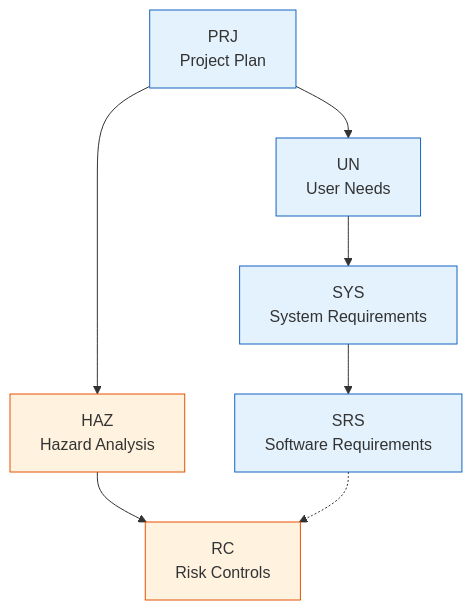
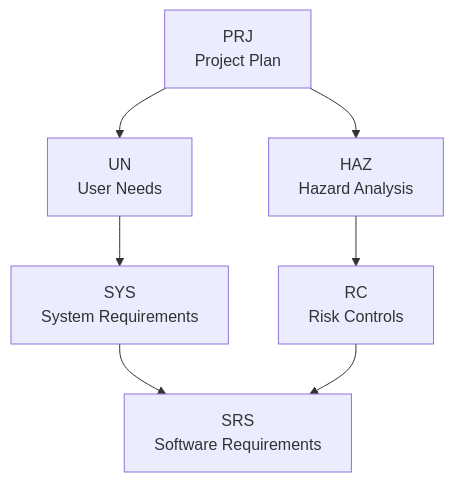
One commit to vanandrew/jamb changed the second of 5 diagrams in docs/user-guide/design.md. Above: the diagram before and after it, drawn with Mermaid. The commit also changed other lines of this file and 27 other files, not shown here.

````diff
--- a/docs/user-guide/design.md
+++ b/docs/user-guide/design.md
@@ -59,16 +60,9 @@
 ```{mermaid}
 graph TD
     PRJ[PRJ<br/>Project Plan] --> UN[UN<br/>User Needs]
     PRJ --> HAZ[HAZ<br/>Hazard Analysis]
     UN --> SYS[SYS<br/>System Requirements]
     SYS --> SRS[SRS<br/>Software Requirements]
     HAZ --> RC[RC<br/>Risk Controls]
-    SRS -.-> RC
-
-    style PRJ fill:#e3f2fd,stroke:#1565c0
-    style UN fill:#e3f2fd,stroke:#1565c0
-    style SYS fill:#e3f2fd,stroke:#1565c0
-    style SRS fill:#e3f2fd,stroke:#1565c0
-    style HAZ fill:#fff3e0,stroke:#e65100
-    style RC fill:#fff3e0,stroke:#e65100
+    RC --> SRS
 ```
````
